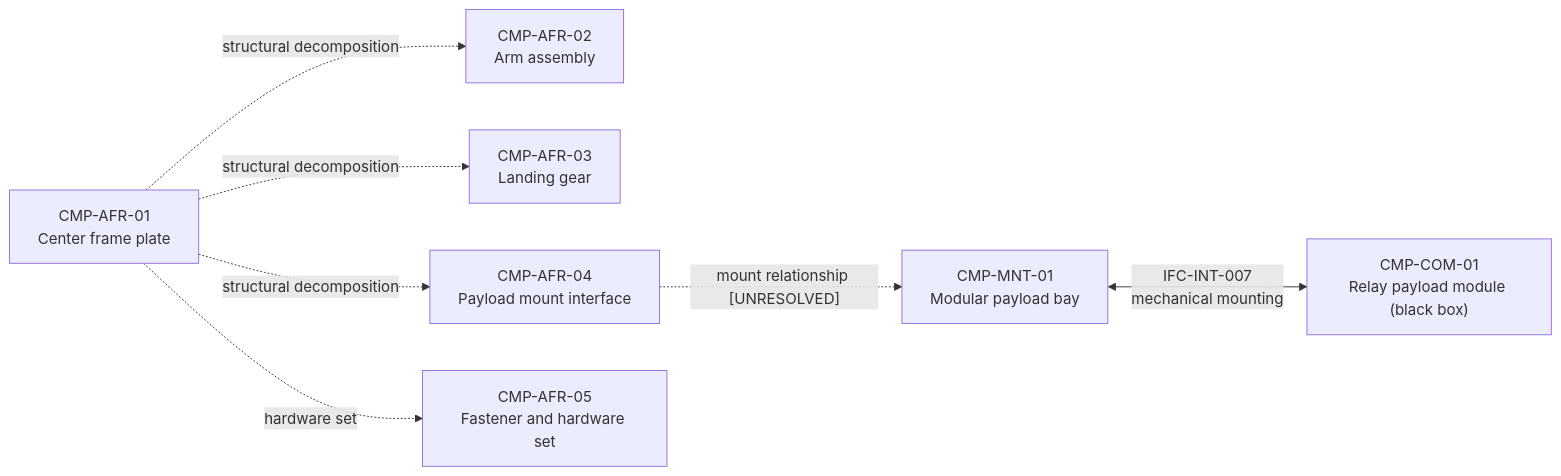
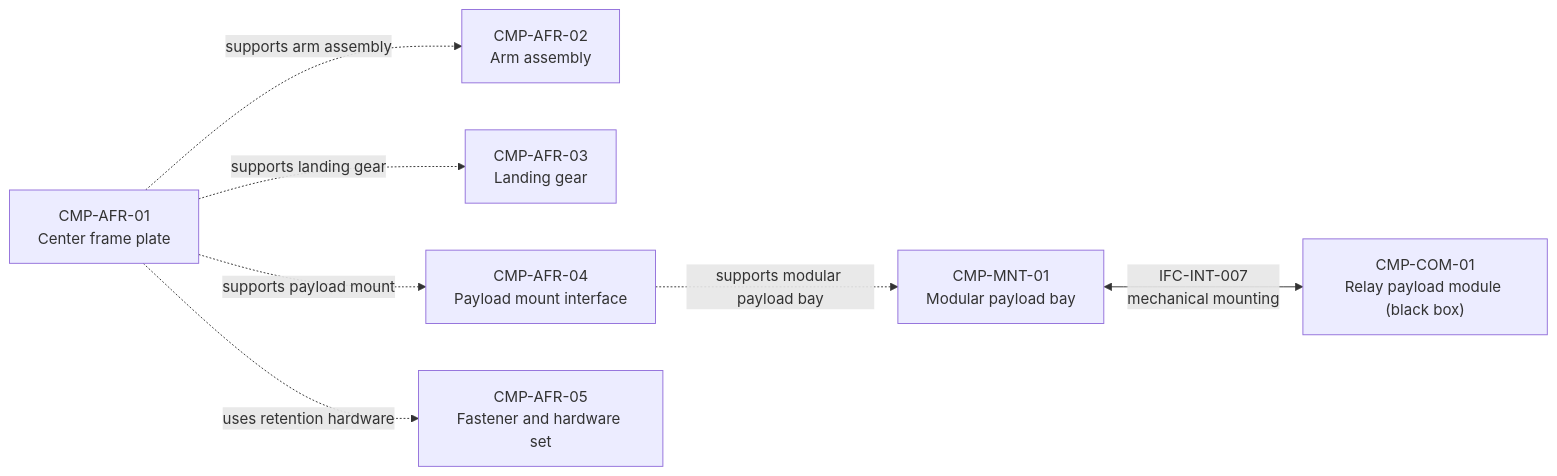
One commit to noahstephenson/low-cost-relay-uas changed the fourth of 22 diagrams in reports/architecture-views.md. Above: the diagram before and after it, drawn with Mermaid. The commit also changed other lines of this file and 11 other files, not shown here.

````diff
--- a/reports/architecture-views.md
+++ b/reports/architecture-views.md
@@ -97,17 +96,17 @@
 ```mermaid
 flowchart LR
     %% Configuration scope: CFG-REP / CFG-DOM
     CMP_AFR_01["CMP-AFR-01<br/>Center frame plate"]
     CMP_AFR_02["CMP-AFR-02<br/>Arm assembly"]
     CMP_AFR_03["CMP-AFR-03<br/>Landing gear"]
     CMP_AFR_04["CMP-AFR-04<br/>Payload mount interface"]
     CMP_AFR_05["CMP-AFR-05<br/>Fastener and hardware set"]
     CMP_MNT_01["CMP-MNT-01<br/>Modular payload bay"]
     CMP_COM_01["CMP-COM-01<br/>Relay payload module (black box)"]
-    CMP_AFR_01 -.->|"structural decomposition"| CMP_AFR_02
-    CMP_AFR_01 -.->|"structural decomposition"| CMP_AFR_03
-    CMP_AFR_01 -.->|"structural decomposition"| CMP_AFR_04
-    CMP_AFR_01 -.->|"hardware set"| CMP_AFR_05
-    CMP_AFR_04 -.->|"mount relationship [UNRESOLVED]"| CMP_MNT_01
+    CMP_AFR_01 -.->|"supports arm assembly"| CMP_AFR_02
+    CMP_AFR_01 -.->|"supports landing gear"| CMP_AFR_03
+    CMP_AFR_01 -.->|"supports payload mount"| CMP_AFR_04
+    CMP_AFR_01 -.->|"uses retention hardware"| CMP_AFR_05
+    CMP_AFR_04 -.->|"supports modular payload bay"| CMP_MNT_01
     CMP_MNT_01 <-->|"IFC-INT-007<br/>mechanical mounting"| CMP_COM_01
 ```
````
